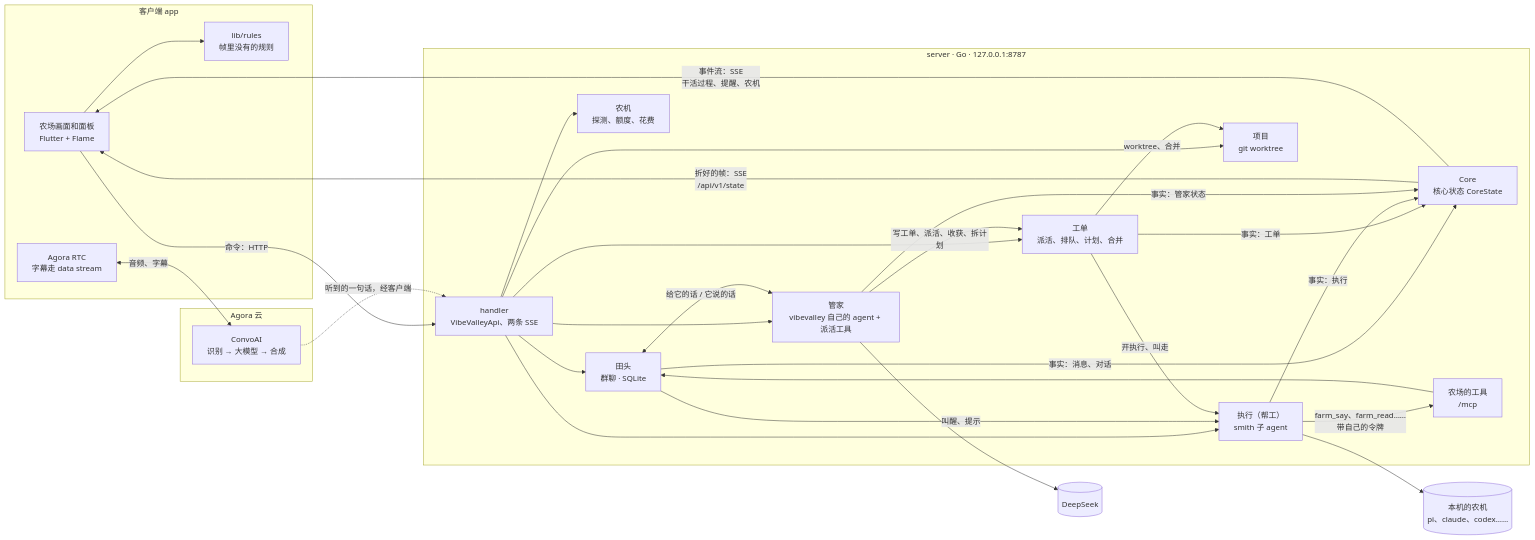
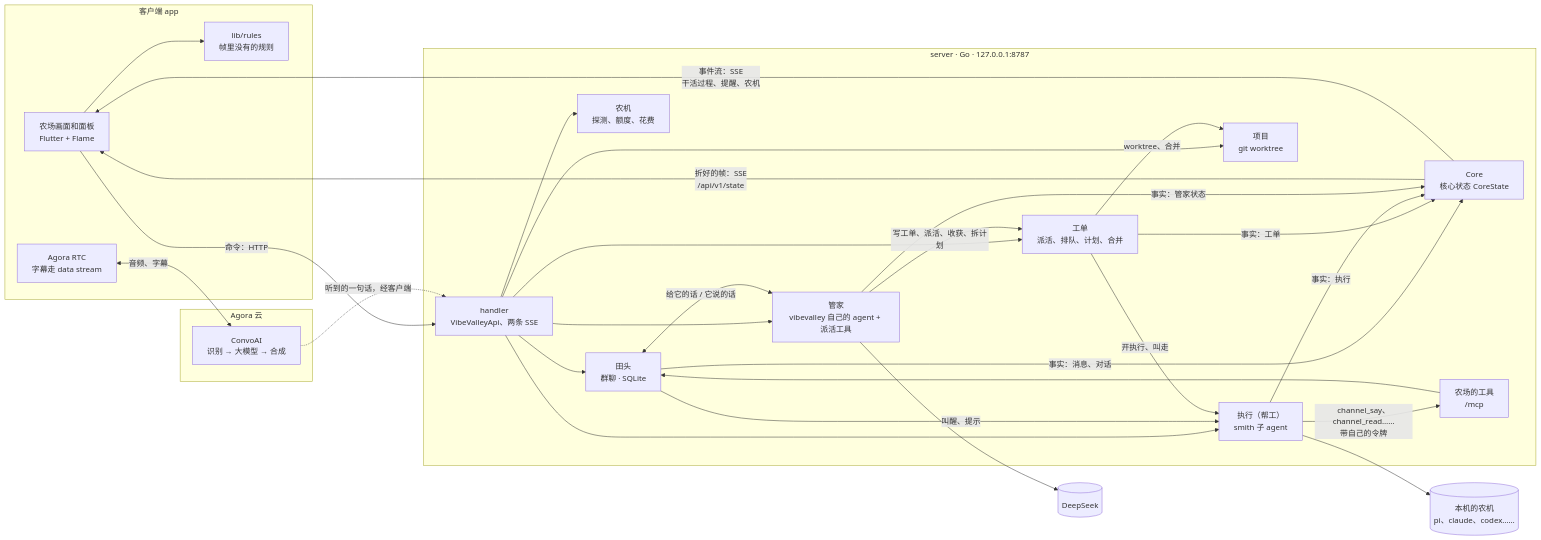
One commit to vibevalleyhq/vibevalley changed the diagram in docs/architecture.md. Above: the diagram before and after it, drawn with Mermaid. The commit also changed 54 other files, not shown here.

````diff
--- a/docs/architecture.md
+++ b/docs/architecture.md
@@ -5,48 +5,48 @@
 ```mermaid
 flowchart LR
   subgraph Client[客户端 app]
     UI[农场画面和面板<br/>Flutter + Flame]
     RULES[lib/rules<br/>帧里没有的规则]
     RTC[Agora RTC<br/>字幕走 data stream]
   end
 
   subgraph Server[server · Go · 127.0.0.1:8787]
     API[handler<br/>VibeValleyApi、两条 SSE]
     SITE[Core<br/>核心状态 CoreState]
     FM[管家<br/>vibevalley 自己的 agent + 派活工具]
     CHAT[田头<br/>群聊 · SQLite]
     MCP[农场的工具<br/>/mcp]
     TK[工单<br/>派活、排队、计划、合并]
     CREW[执行（帮工）<br/>smith 子 agent]
     PRJ[项目<br/>git worktree]
     RT[农机<br/>探测、额度、花费]
   end
 
   subgraph Agora[Agora 云]
     CAI[ConvoAI<br/>识别 → 大模型 → 合成]
   end
 
   AGENTS[(本机的农机<br/>pi、claude、codex……)]
   DS[(DeepSeek)]
 
   UI --> RULES
   UI -->|命令：HTTP| API
   SITE -->|折好的帧：SSE<br/>/api/v1/state| UI
   SITE -->|事件流：SSE<br/>干活过程、提醒、农机| UI
   API --> CHAT & FM & TK & CREW & PRJ & RT
   CHAT <-->|给它的话 / 它说的话| FM
   CHAT -->|叫醒、提示| CREW
-  CREW -->|farm_say、farm_read……<br/>带自己的令牌| MCP
+  CREW -->|channel_say、channel_read……<br/>带自己的令牌| MCP
   MCP --> CHAT
   FM -->|写工单、派活、收获、拆计划| TK
   TK -->|开执行、叫走| CREW
   TK -->|worktree、合并| PRJ
   CREW --> AGENTS
   FM --> DS
   CHAT -->|事实：消息、对话| SITE
   TK -->|事实：工单| SITE
   CREW -->|事实：执行| SITE
   FM -->|事实：管家状态| SITE
   RTC <-->|音频、字幕| CAI
   CAI -.->|听到的一句话，经客户端| API
 ```
````
